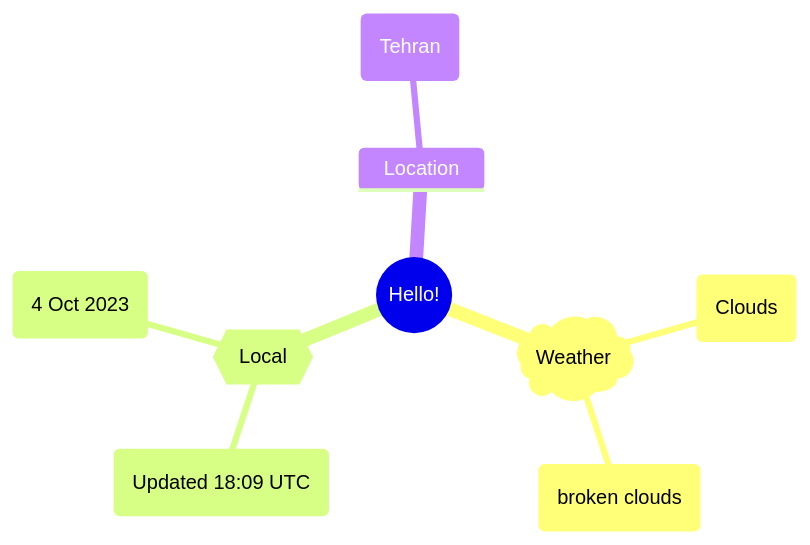
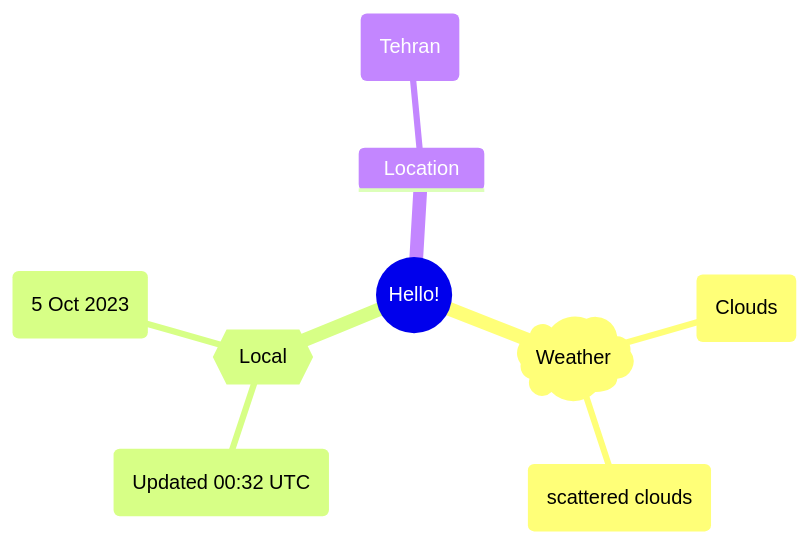
One commit to Xosrov/Xosrov changed the first of 2 diagrams in README.md. Above: the diagram before and after it, drawn with Mermaid.

Commit message:
[bot] updated images

````diff
--- a/README.md
+++ b/README.md
@@ -3,12 +3,12 @@
 ```mermaid
 mindmap
   root((Hello!))
     )Weather(
         (Clouds)
-        (broken clouds)
+        (scattered clouds)
     {{Local}}
-        (Updated 18:09 UTC)
-        (4 Oct 2023)
+        (Updated 00:32 UTC)
+        (5 Oct 2023)
     Location
         (Tehran)
 ```
````
